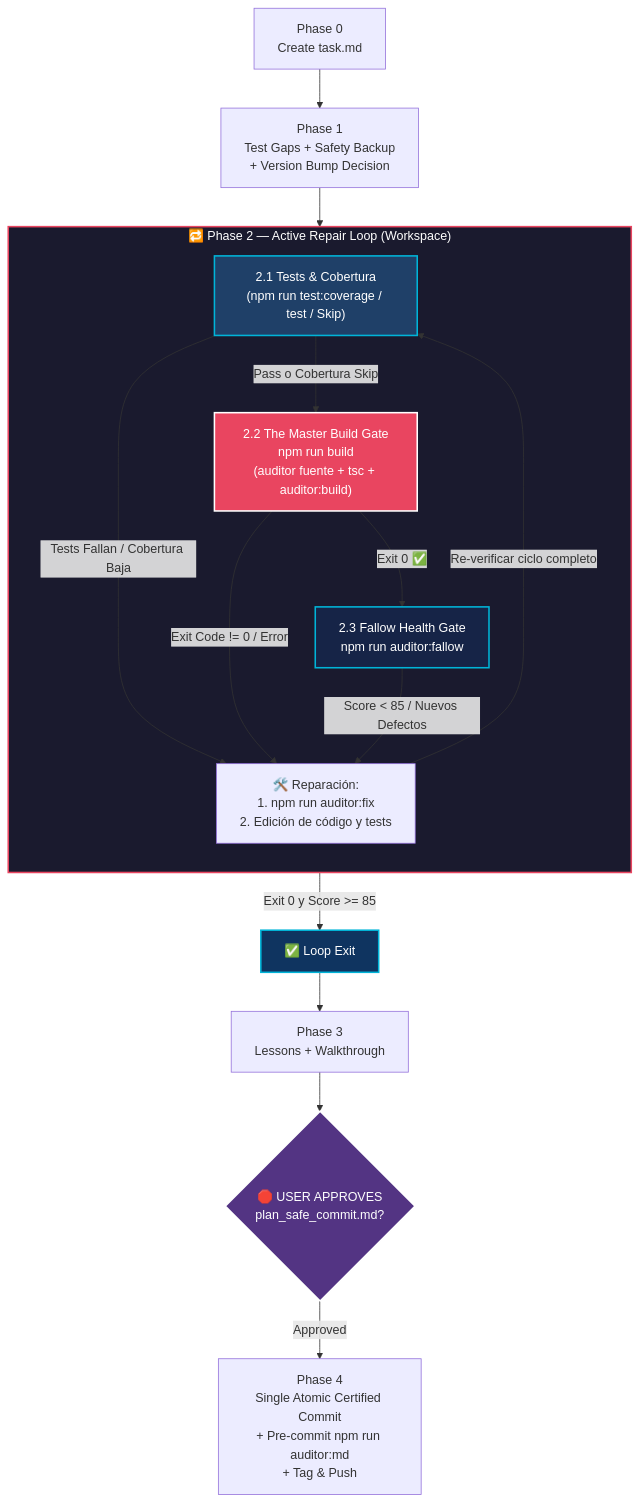
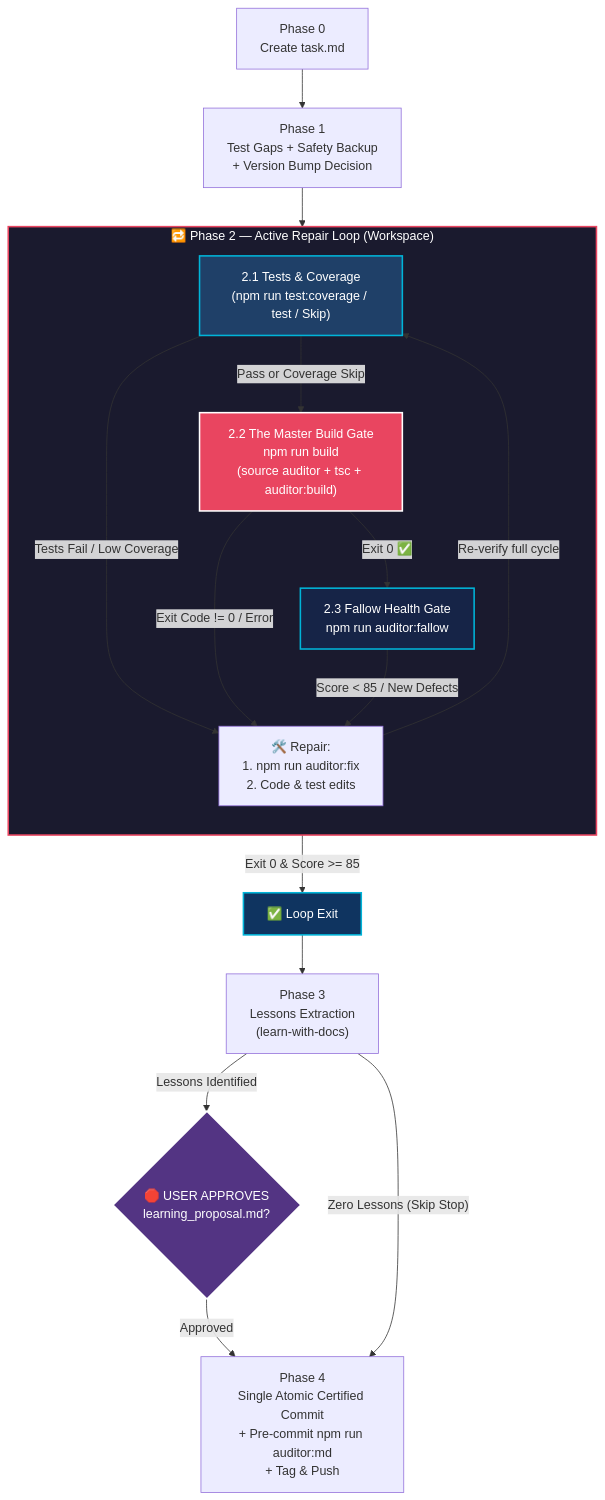
The diagram in .agents/skills/safe-commit/SKILL.md (francogp/auditor), drawn with Mermaid before and after one commit. The commit also changed other lines of this file and 48 other files, not shown here.

````diff
--- a/.agents/skills/safe-commit/SKILL.md
+++ b/.agents/skills/safe-commit/SKILL.md
@@ -54,28 +54,29 @@
 ```mermaid
 graph TD
     A0["Phase 0\nCreate task.md"] --> A1["Phase 1\nTest Gaps + Safety Backup\n+ Version Bump Decision"]
     A1 --> LOOP
 
     subgraph LOOP ["🔁 Phase 2 — Active Repair Loop (Workspace)"]
         direction TB
-        T["2.1 Tests & Cobertura\n(npm run test:coverage / test / Skip)"] -->|"Pass o Cobertura Skip"| B["2.2 The Master Build Gate\nnpm run build\n(auditor fuente + tsc + auditor:build)"]
+        T["2.1 Tests & Coverage\n(npm run test:coverage / test / Skip)"] -->|"Pass or Coverage Skip"| B["2.2 The Master Build Gate\nnpm run build\n(source auditor + tsc + auditor:build)"]
         B -->|"Exit 0 ✅"| F["2.3 Fallow Health Gate\nnpm run auditor:fallow"]
         
-        T -->|"Tests Fallan / Cobertura Baja"| REPAIR["🛠️ Reparación:\n1. npm run auditor:fix\n2. Edición de código y tests"]
+        T -->|"Tests Fail / Low Coverage"| REPAIR["🛠️ Repair:\n1. npm run auditor:fix\n2. Code & test edits"]
         B -->|"Exit Code != 0 / Error"| REPAIR
-        F -->|"Score < 85 / Nuevos Defectos"| REPAIR
-        REPAIR -->|"Re-verificar ciclo completo"| T
+        F -->|"Score < 85 / New Defects"| REPAIR
+        REPAIR -->|"Re-verify full cycle"| T
     end
 
-    F -->|"Exit 0 y Score >= 85"| EXIT_GATE["✅ Loop Exit"]
-    EXIT_GATE --> A3["Phase 3\nLessons + Walkthrough"]
-    A3 --> STOP1{"🛑 USER APPROVES\nplan_safe_commit.md?"}
+    F -->|"Exit 0 & Score >= 85"| EXIT_GATE["✅ Loop Exit"]
+    EXIT_GATE --> A3["Phase 3\nLessons Extraction\n(learn-with-docs)"]
+    A3 -->|"Lessons Identified"| STOP1{"🛑 USER APPROVES\nlearning_proposal.md?"}
     STOP1 -->|Approved| A4["Phase 4\nSingle Atomic Certified Commit\n+ Pre-commit npm run auditor:md\n+ Tag & Push"]
+    A3 -->|"Zero Lessons (Skip Stop)"| A4
 
     style LOOP fill:#1a1a2e,stroke:#e94560,stroke-width:2px,color:#fff
     style T fill:#1f4068,stroke:#00b4d8,stroke-width:2px,color:#fff
     style B fill:#e94560,stroke:#fff,stroke-width:2px,color:#fff
     style F fill:#162447,stroke:#00b4d8,stroke-width:2px,color:#fff
     style EXIT_GATE fill:#0f3460,stroke:#00b4d8,stroke-width:2px,color:#fff
     style STOP1 fill:#533483,stroke:#fff,stroke-width:2px,color:#fff
 ```
````
